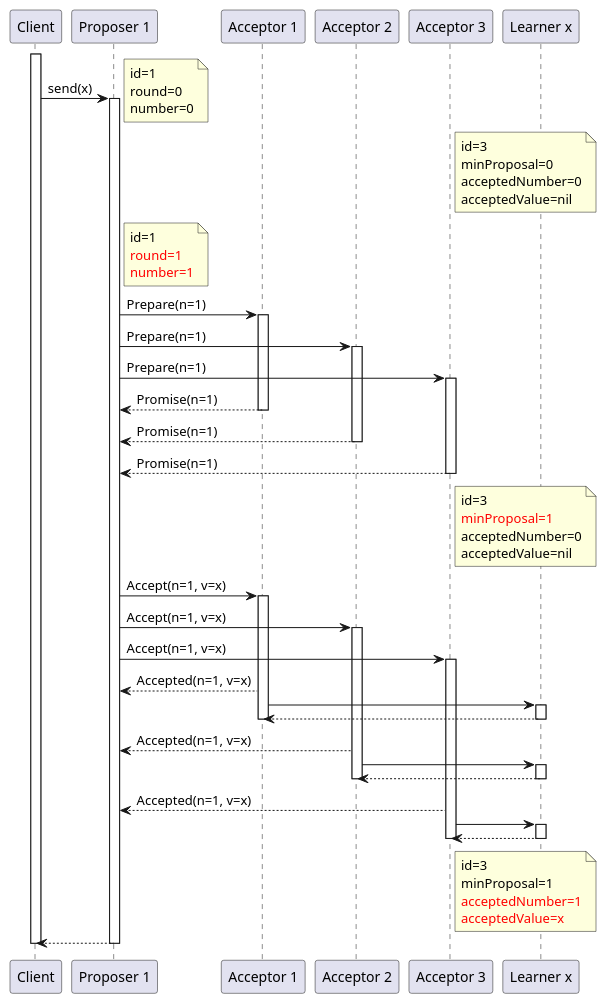
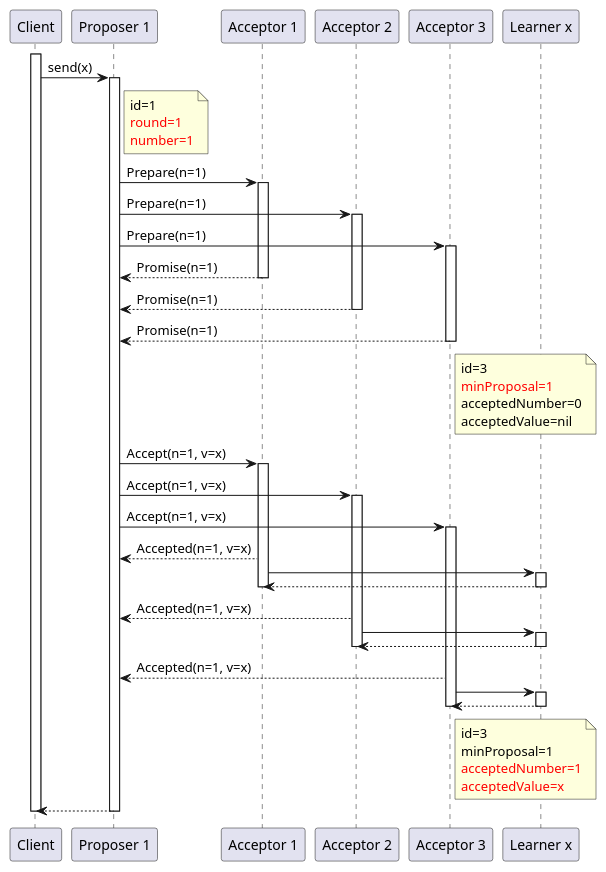
One commit to nocnob/notfound changed the second of 3 diagrams in src/pages/posts/distribution-paxos-basic.adoc. Above: the diagram before and after it, drawn with PlantUML.

Commit message:
修改：     src/pages/posts/distribution-paxos-basic.adoc

```diff
--- a/src/pages/posts/distribution-paxos-basic.adoc
+++ b/src/pages/posts/distribution-paxos-basic.adoc
@@ -53,62 +53,60 @@
 [source,plantuml]
 ----
 @startuml
 participant Client as c
 participant "Proposer 1" as p
 participant "Acceptor 1" as a1
 participant "Acceptor 2" as a2
 participant "Acceptor 3" as a3
 participant "Learner x" as lx
 
 activate c
 c -> p : send(x)
 activate p
 
-note right: id=1\nround=0\nnumber=0
-note right a3: id=3\nminProposal=0\nacceptedNumber=0\nacceptedValue=nil
 note right p: id=1\n<font color=red>round=1\n<font color=red>number=1
 p -> a1 : Prepare(n=1)
 activate a1
 p -> a2 : Prepare(n=1)
 activate a2
 p -> a3 : Prepare(n=1)
 activate a3
 p <-- a1 : Promise(n=1)
 deactivate a1
 p <-- a2 : Promise(n=1)
 deactivate a2
 p <-- a3 : Promise(n=1)
 deactivate a3
 note right a3: id=3\n<font color=red>minProposal=1\nacceptedNumber=0\nacceptedValue=nil
 
 p -> a1 : Accept(n=1, v=x)
 activate a1
 p -> a2 : Accept(n=1, v=x)
 activate a2
 p -> a3 : Accept(n=1, v=x)
 activate a3
 p <-- a1 : Accepted(n=1, v=x)
     a1 -> lx
     activate lx
     a1 <-- lx
     deactivate lx
 deactivate a1
 p <-- a2 : Accepted(n=1, v=x)
     a2 -> lx
     activate lx
     a2 <-- lx
     deactivate lx
 deactivate a2
 p <-- a3 : Accepted(n=1, v=x)
     a3 -> lx
     activate lx
     a3 <-- lx
     deactivate lx
 deactivate a3
 note right a3: id=3\nminProposal=1\n<font color=red>acceptedNumber=1\n<font color=red>acceptedValue=x
 
 c <-- p
 deactivate p
 deactivate c
 @enduml
 ----
```
